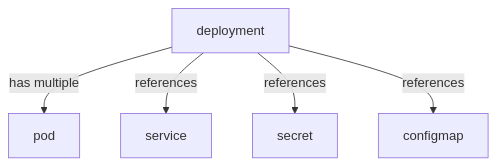
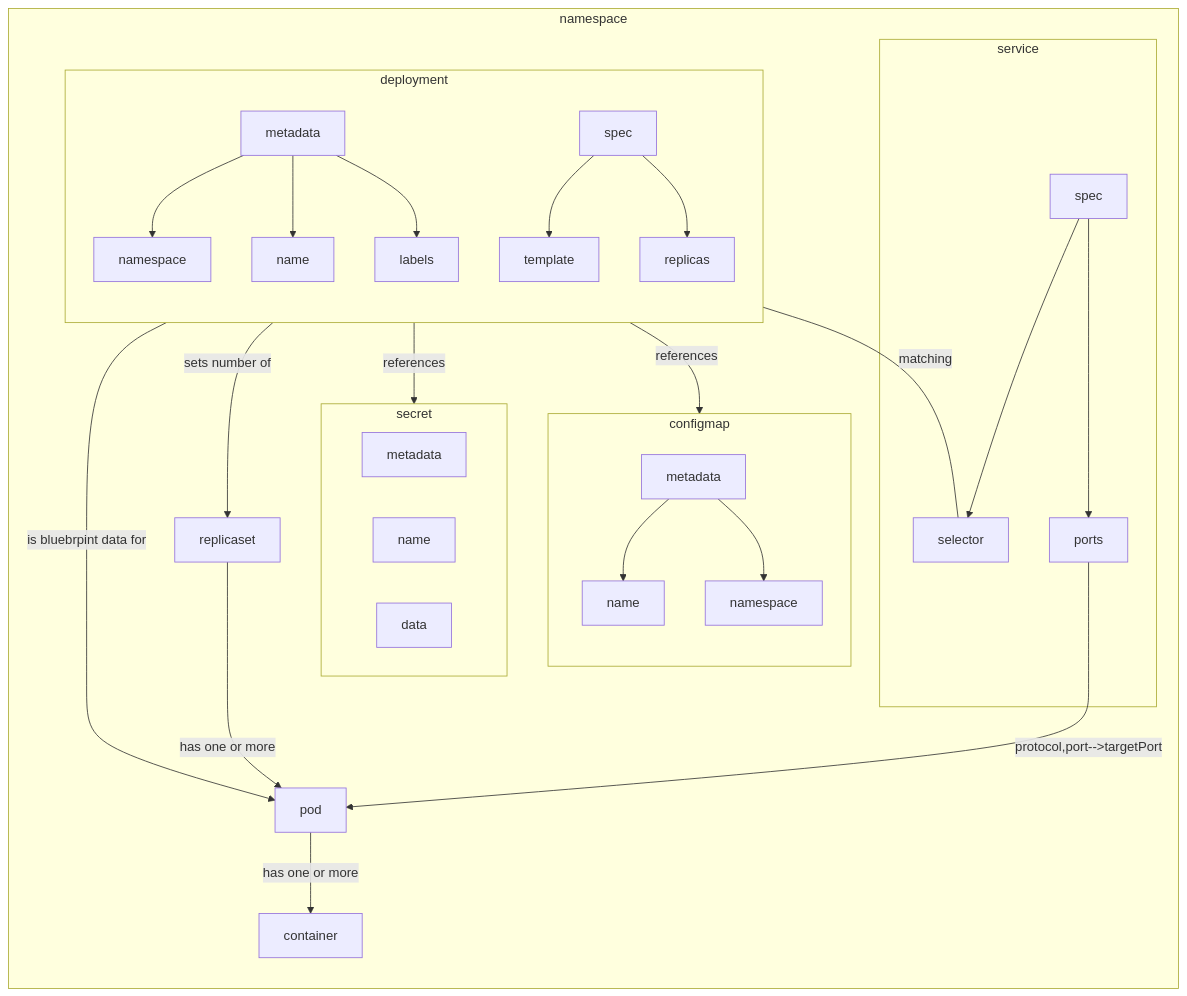
Before and after one commit to TR0N-ZEN/kubernetes: the diagram in README.md, drawn with Mermaid. The commit also changed other lines of this file and 11 other files, not shown here.

````diff
--- a/README.md
+++ b/README.md
@@ -1,7 +1,44 @@
 ```mermaid
-graph TD
-d[deployment] -->|has multiple| p[pod]
-d -->|references| se[service]
-d -->|references| sec[secret]
-d -->|references| cm[configmap]
-```
+graph LR
+  subgraph namespace
+    direction TB
+
+    subgraph cm["configmap"]
+      direction TB
+      cm_metadata["metadata"] --> name
+      cm_metadata             --> cm_namespace[namespace]
+    end
+  
+    subgraph ser["service"]
+      ser_spec[spec] --> selector
+      ser_spec[spec] --> ports
+    end
+    ports -->|"protocol,port-->targetPort"| p
+  
+    subgraph sec["secret"]
+      sec_metadata[metadata]
+      sec_name[name]
+      sec_data[data]
+    end
+    d -->|references| sec
+
+    subgraph d["deployment"]
+    direction TB
+     d_m[metadata]
+        d_m --> d_namespace[namespace]
+        d_m --> d_name[name]
+        d_m --> labels
+        d_spec[spec]
+        d_spec --> template
+        d_spec --> replicas
+    end
+    template -->|is bluebrpint data for| p
+    labels ---|matching| selector
+    replicas
+      -->|sets number of| r[replicaset]
+        -->|has one or more| p[pod]
+          -->|has one or more| c[container]
+    d -->|references| cm
+
+  end
+``` 
````
